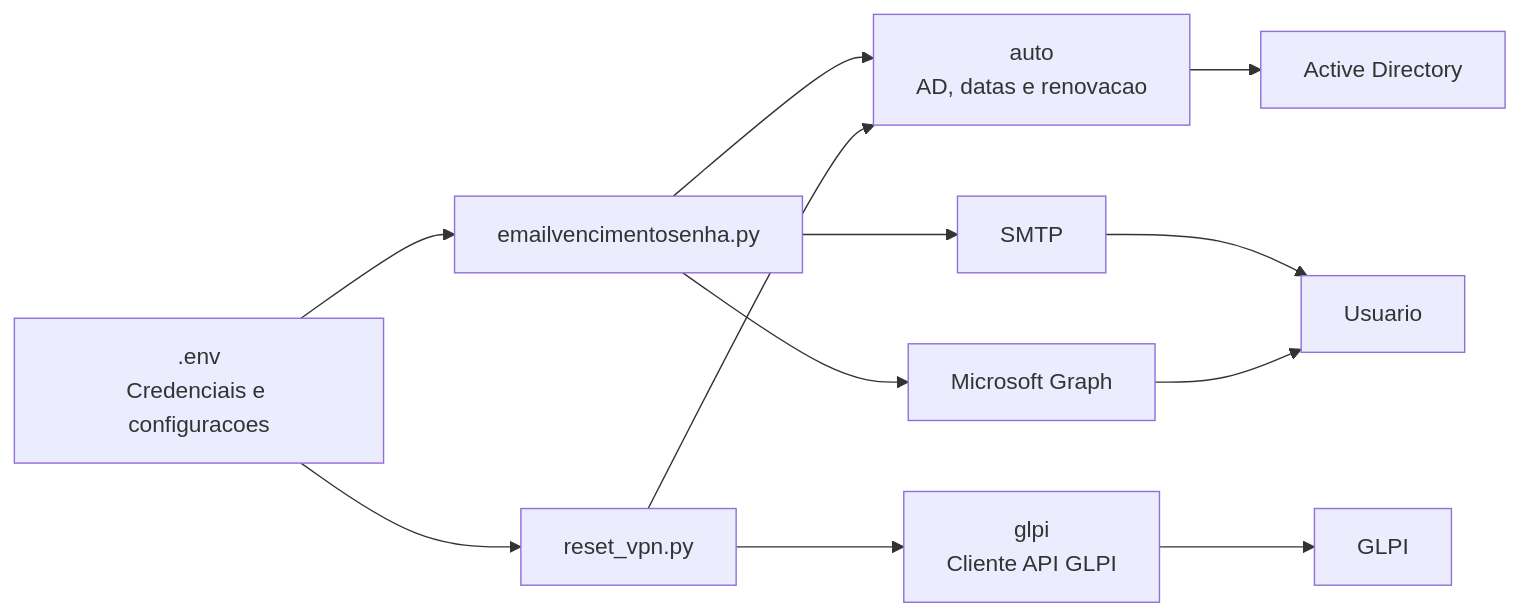
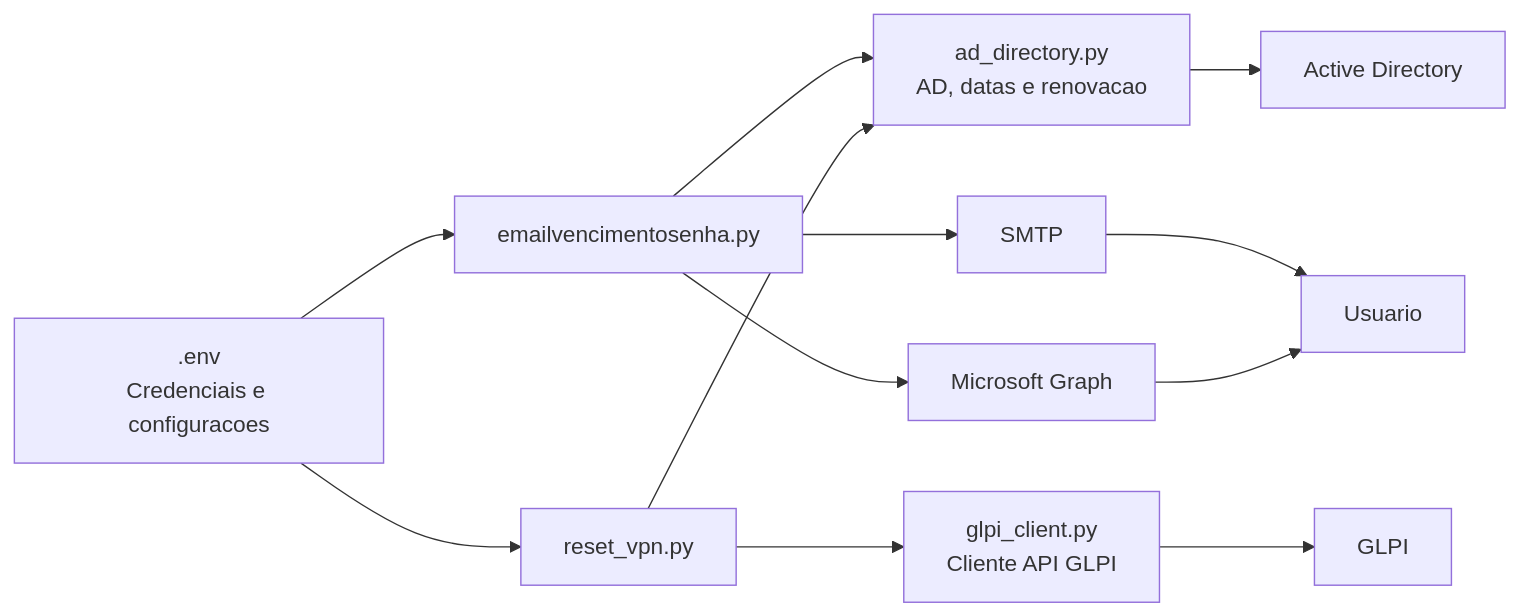
The first of 4 diagrams in README.md (4US-Technology/ABL-AD-REPOSITORY-RPA), drawn with Mermaid before and after one commit. The commit also changed other lines of this file and 13 other files, not shown here.

````diff
--- a/README.md
+++ b/README.md
@@ -59,25 +142,25 @@
 ```mermaid
 flowchart LR
     ENV[".env<br/>Credenciais e configuracoes"]
     EMAIL["emailvencimentosenha.py"]
     RESET["reset_vpn.py"]
-    AUTO["auto<br/>AD, datas e renovacao"]
-    GLPI_MOD["glpi<br/>Cliente API GLPI"]
+    AUTO["ad_directory.py<br/>AD, datas e renovacao"]
+    GLPI_MOD["glpi_client.py<br/>Cliente API GLPI"]
     AD["Active Directory"]
     GLPI["GLPI"]
     SMTP["SMTP"]
     GRAPH["Microsoft Graph"]
     USER["Usuario"]
 
     ENV --> EMAIL
     ENV --> RESET
     EMAIL --> AUTO
     RESET --> AUTO
     RESET --> GLPI_MOD
     AUTO --> AD
     GLPI_MOD --> GLPI
     EMAIL --> SMTP
     EMAIL --> GRAPH
     SMTP --> USER
     GRAPH --> USER
 ```
````
